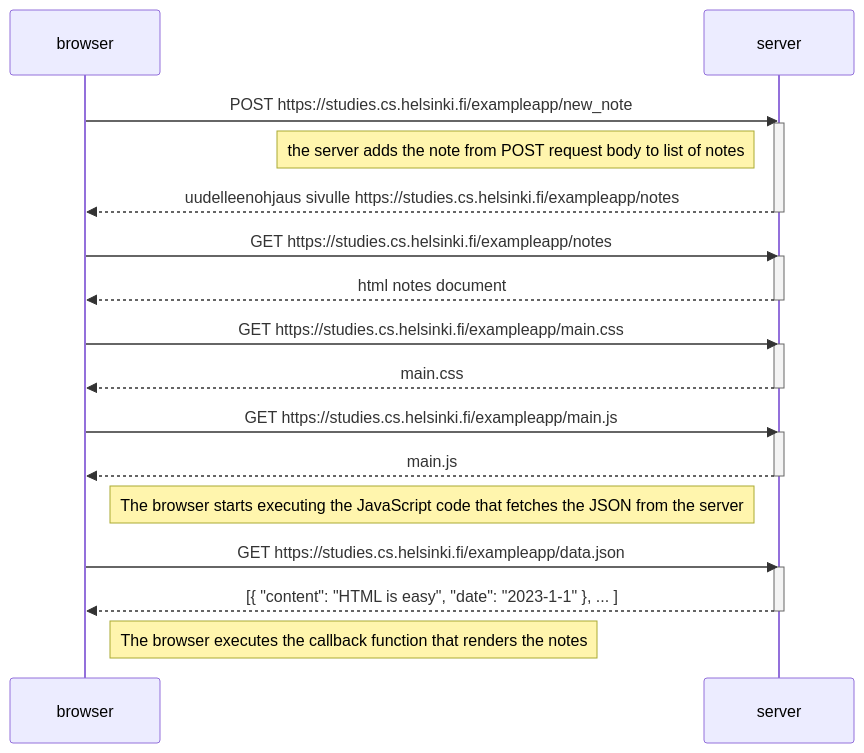
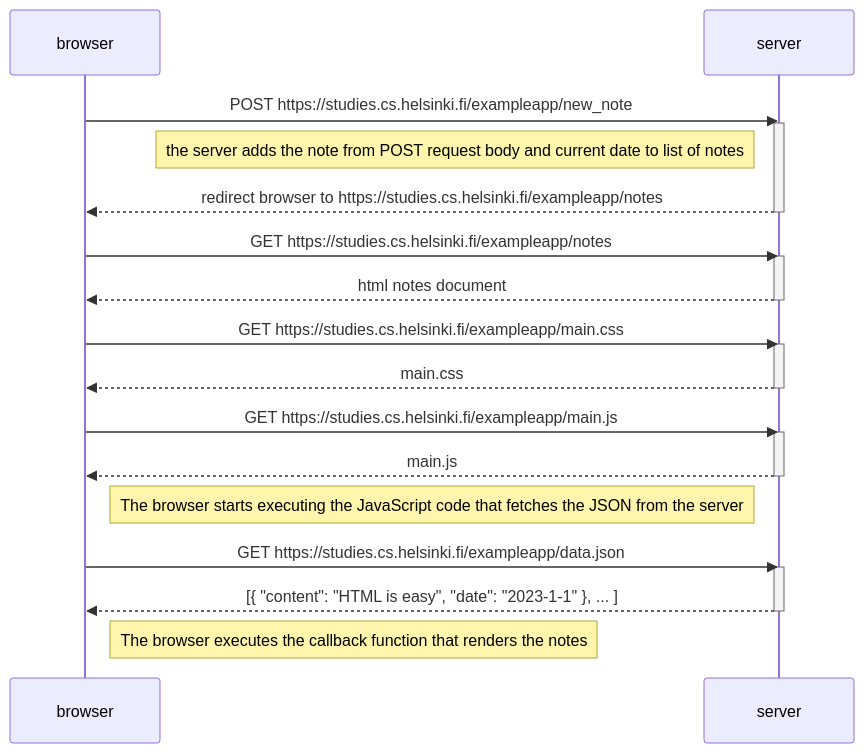
One commit to vqhqu/fullstackopen changed the diagram in osa0/4 uusi muistiinpano.md. Above: the diagram before and after it, drawn with Mermaid.

````diff
--- a/osa0/4 uusi muistiinpano.md
+++ b/osa0/4 uusi muistiinpano.md
@@ -2,32 +2,32 @@
 ```mermaid
 sequenceDiagram
     participant browser
     participant server
 
     browser->>server: POST https://studies.cs.helsinki.fi/exampleapp/new_note
     activate server
-    Note left of server: the server adds the note from POST request body to list of notes
-    server-->>browser: uudelleenohjaus sivulle https://studies.cs.helsinki.fi/exampleapp/notes
+    Note left of server: the server adds the note from POST request body and current date to list of notes
+    server-->>browser: redirect browser to https://studies.cs.helsinki.fi/exampleapp/notes
     deactivate server
 
     browser->>server: GET https://studies.cs.helsinki.fi/exampleapp/notes
     activate server
     server-->>browser: html notes document
     deactivate server
     browser->>server: GET https://studies.cs.helsinki.fi/exampleapp/main.css
     activate server
     server-->>browser: main.css
     deactivate server
     browser->>server: GET https://studies.cs.helsinki.fi/exampleapp/main.js
     activate server
     server-->>browser: main.js
     deactivate server
     Note right of browser: The browser starts executing the JavaScript code that fetches the JSON from the server
     
     browser->>server: GET https://studies.cs.helsinki.fi/exampleapp/data.json
     activate server
     server-->>browser: [{ "content": "HTML is easy", "date": "2023-1-1" }, ... ]
     deactivate server    
 
     Note right of browser: The browser executes the callback function that renders the notes 
 ```
````
